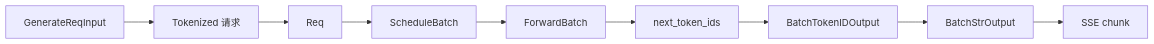
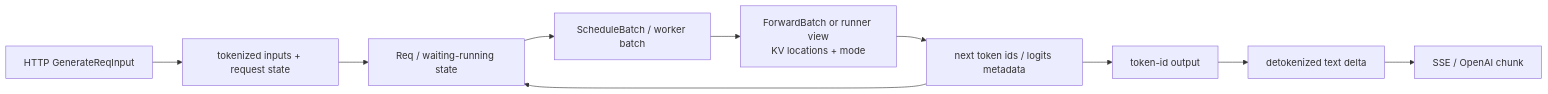
One commit to OnlyHero5/sglang-reading-vault changed the diagram in AI-Infra课程/系统主线/推理Serving主线.md. Above: the diagram before and after it, drawn with Mermaid. The commit also changed other lines of this file and 512 other files, not shown here.

````diff
--- a/AI-Infra课程/系统主线/推理Serving主线.md
+++ b/AI-Infra课程/系统主线/推理Serving主线.md
@@ -31,11 +36,14 @@
 ```mermaid
 flowchart LR
-    A["GenerateReqInput"] --> B["Tokenized 请求"]
-    B --> C["Req"]
-    C --> D["ScheduleBatch"]
-    D --> E["ForwardBatch"]
-    E --> F["next_token_ids"]
-    F --> G["BatchTokenIDOutput"]
-    G --> H["BatchStrOutput"]
-    H --> I["SSE chunk"]
+    A["HTTP GenerateReqInput"]
+    B["tokenized inputs + request state"]
+    C["Req / waiting-running state"]
+    D["ScheduleBatch / worker batch"]
+    E["ForwardBatch or runner view<br/>KV locations + mode"]
+    F["next token ids / logits metadata"]
+    G["token-id output"]
+    H["detokenized text delta"]
+    I["SSE / OpenAI chunk"]
+    A --> B --> C --> D --> E --> F --> G --> H --> I
+    F --> C
 ```
````
